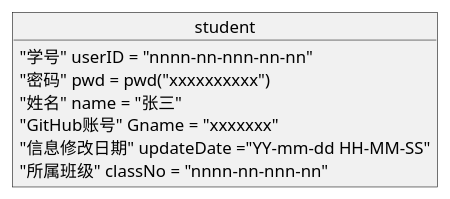
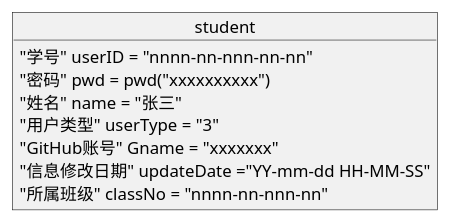
Before and after one commit to 201610414130/is_analysis-4: the first of 10 diagrams in test6/objectView.pu, drawn with PlantUML. The commit also changed other lines of this file and 7 other files, not shown here.

```diff
--- a/test6/objectView.pu
+++ b/test6/objectView.pu
@@ -1,10 +1,11 @@
 @startuml student
 object student{
     "学号" userID = "nnnn-nn-nnn-nn-nn"
     "密码" pwd = pwd("xxxxxxxxxx")
     "姓名" name = "张三"
+    "用户类型" userType = "3"
     "GitHub账号" Gname = "xxxxxxx"
     "信息修改日期" updateDate ="YY-mm-dd HH-MM-SS"
     "所属班级" classNo = "nnnn-nn-nnn-nn"
 }
 @enduml
```
